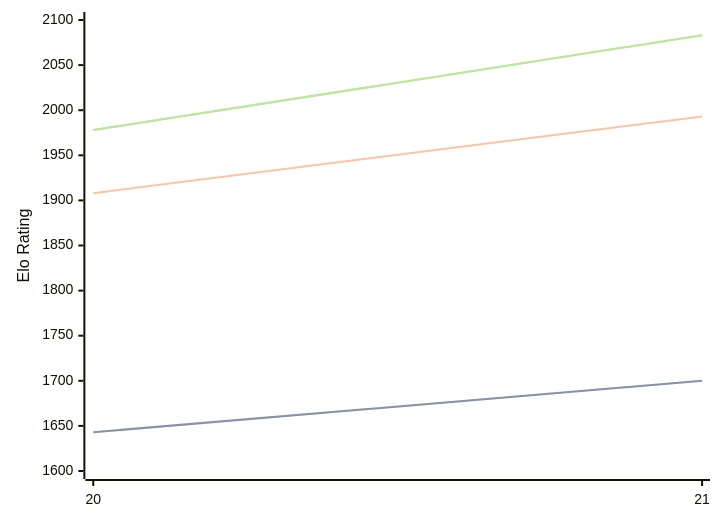
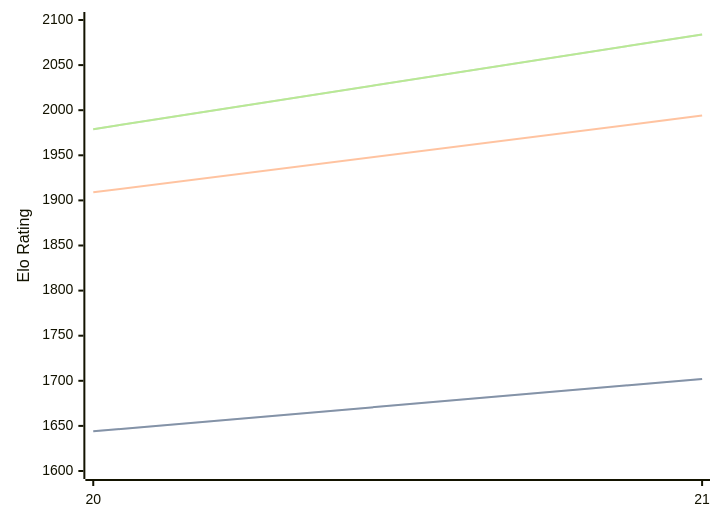
Before and after one commit to computer-chess-index/cci: the diagram in engines/PurplePanda.md, drawn with Mermaid. The commit also changed other lines of this file, not shown here.

Commit message:
Update CCI Ratings (ELO VLTC) - 2026-08-22

````diff
--- a/engines/PurplePanda.md
+++ b/engines/PurplePanda.md
@@ -32,11 +32,11 @@
 ```mermaid
 %%{init: {"theme":"base","themeVariables":{"seriesColors:['#a3a3a3','#222221','#faa371']}}}%%
 xychart-beta
   x-axis ["20", "21"]
   y-axis "Elo Rating" 1600 --> 2100
-  line "STC (8.0+0.08s)" [1643, 1700]
-  line "STC (8.0+0.08s)" [1643, 1700]
-  line "LTC (60.0+0.60s)" [1908, 1993]
-  line "VLTC (2m24s+1.12s)" [1978, 2083]
-  line "VLTC (2m24s+1.12s)" [1978, 2083]
+  line "STC (8.0+0.08s)" [1644, 1702]
+  line "STC (8.0+0.08s)" [1644, 1702]
+  line "LTC (60.0+0.60s)" [1909, 1994]
+  line "VLTC (2m24s+1.12s)" [1979, 2084]
+  line "VLTC (2m24s+1.12s)" [1979, 2084]
 ```
````
